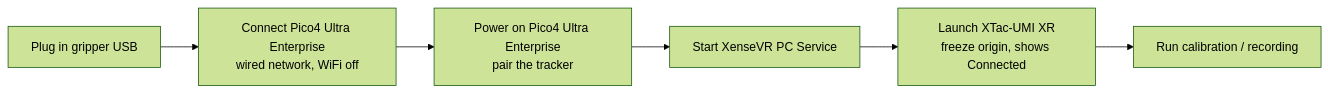
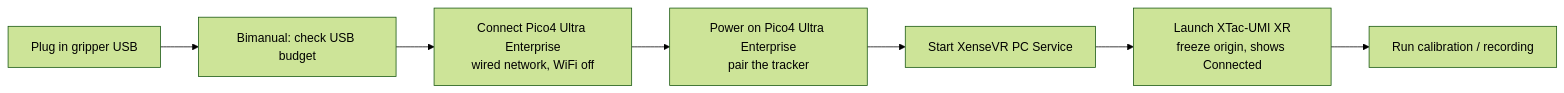
Before and after one commit to XenseRobotics-AI/XTac-UMI-G1-Docs: the diagram in docs/03-host-hardware.en.md, drawn with Mermaid (forest theme). The commit also changed other lines of this file and 1 other file, not shown here.

````diff
--- a/docs/03-host-hardware.en.md
+++ b/docs/03-host-hardware.en.md
@@ -608,8 +609,9 @@
 ```mermaid
 flowchart LR
-    A[Plug in gripper USB] --> N[Connect Pico4 Ultra Enterprise<br/>wired network, WiFi off]
+    A[Plug in gripper USB] --> U[Bimanual: check USB budget]
+    U --> N[Connect Pico4 Ultra Enterprise<br/>wired network, WiFi off]
     N --> B[Power on Pico4 Ultra Enterprise<br/>pair the tracker]
     B --> D[Start XenseVR PC Service]
     D --> C[Launch XTac-UMI XR<br/>freeze origin, shows Connected]
     C --> E[Run calibration / recording]
 ```
````
